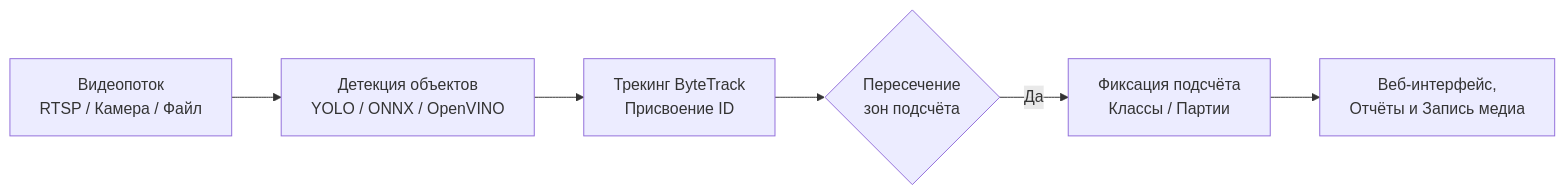
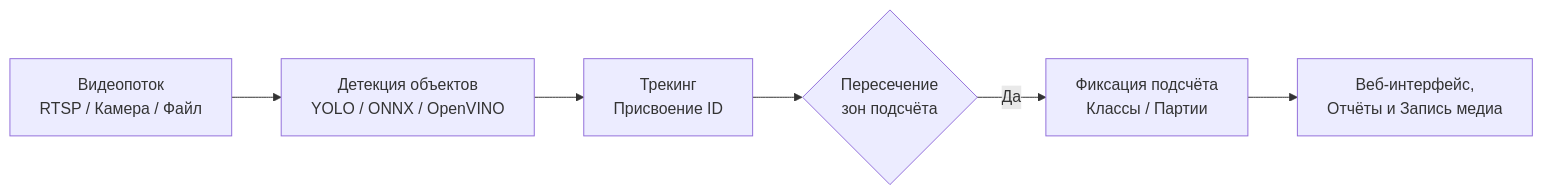
Before and after one commit to BespredeL/CVCounter: the diagram in README.md, drawn with Mermaid. The commit also changed other lines of this file and 11 other files, not shown here.

Commit message:
docs: update documentation and wiki for multi-architecture platform

````diff
--- a/README.md
+++ b/README.md
@@ -47,8 +50,8 @@
 ```mermaid
 flowchart LR
     A[Видеопоток<br>RTSP / Камера / Файл] --> B[Детекция объектов<br>YOLO / ONNX / OpenVINO]
-    B --> C[Трекинг ByteTrack<br>Присвоение ID]
+    B --> C[Трекинг<br>Присвоение ID]
     C --> D{Пересечение<br>зон подсчёта}
     D -- Да --> E[Фиксация подсчёта<br>Классы / Партии]
     E --> F[Веб-интерфейс,<br>Отчёты и Запись медиа]
 ```
````
